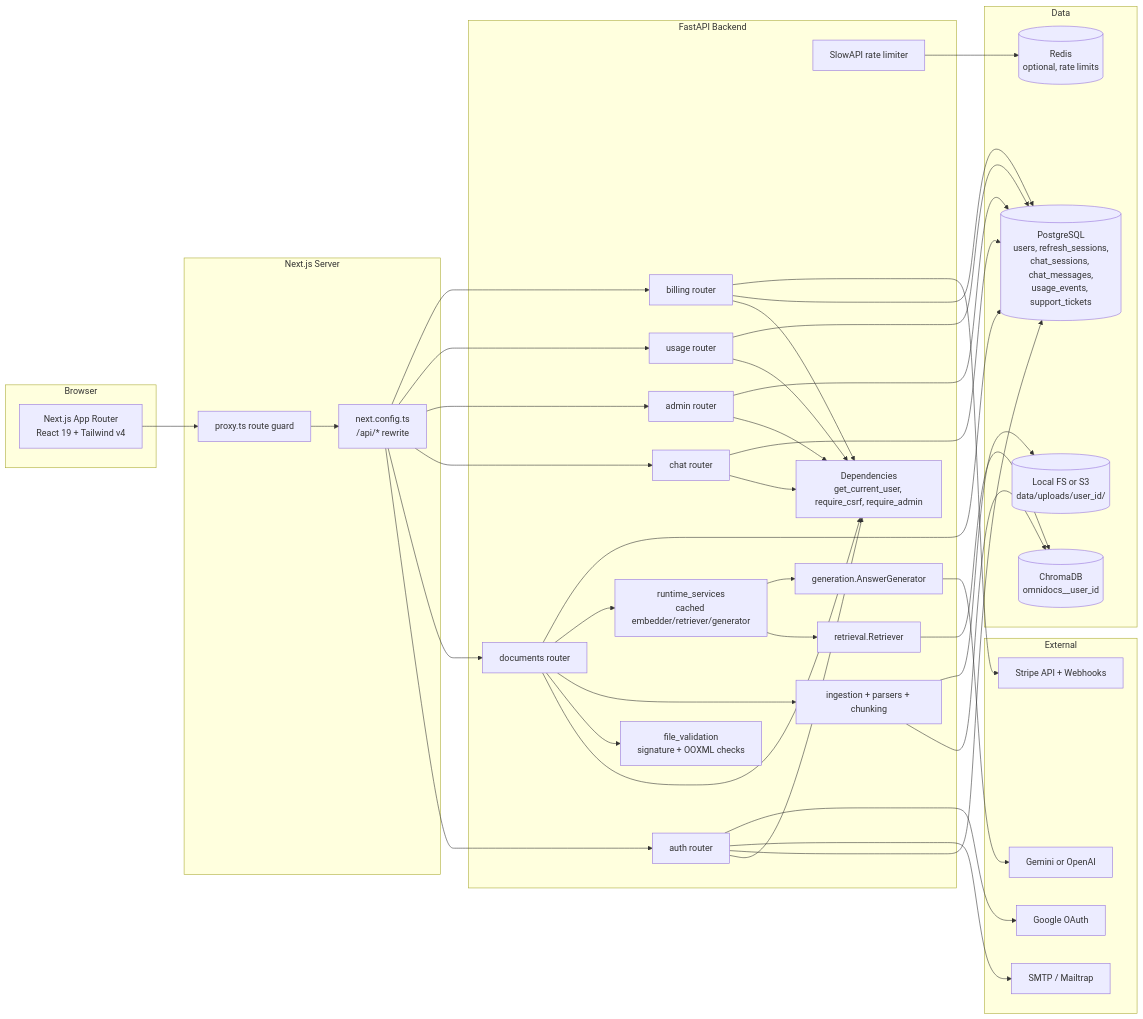
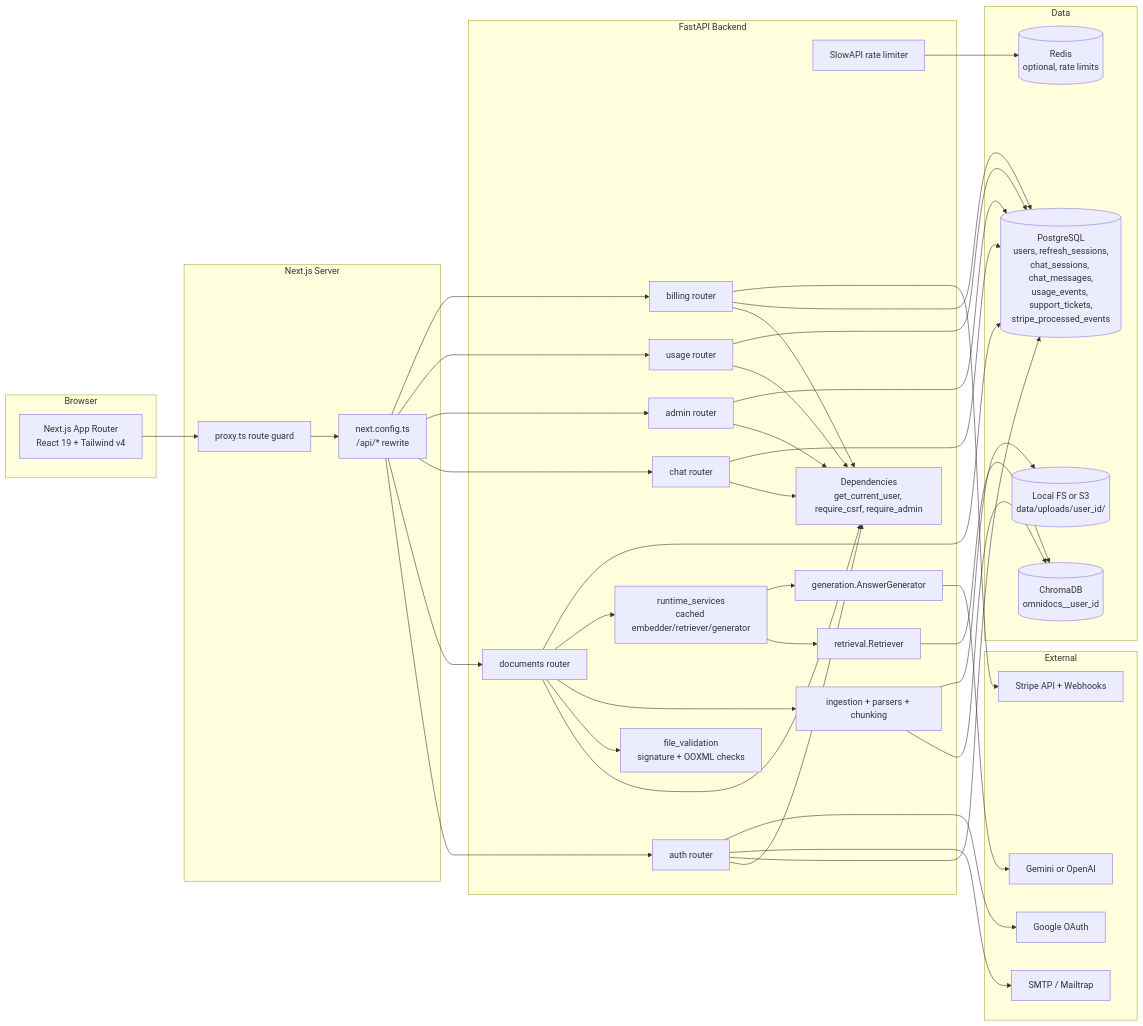
One commit to mentesnot-2/OmniDocs changed the first of 2 diagrams in README.md. Above: the diagram before and after it, drawn with Mermaid. The commit also changed other lines of this file and 6 other files, not shown here.

Commit message:
Make Stripe webhooks idempotent using stripe_processed_events

````diff
--- a/README.md
+++ b/README.md
@@ -82,77 +82,77 @@
 ```mermaid
 flowchart LR
     subgraph Browser
         UI[Next.js App Router<br/>React 19 + Tailwind v4]
     end
 
     subgraph NextEdge[Next.js Server]
         Proxy[proxy.ts route guard]
         Rewrite[next.config.ts<br/>/api/* rewrite]
     end
 
     subgraph Backend[FastAPI Backend]
         Auth[auth router]
         Docs[documents router]
         Chat[chat router]
         Admin[admin router]
         Usage[usage router]
         Billing[billing router]
         Limiter[SlowAPI rate limiter]
         Deps[Dependencies<br/>get_current_user, require_csrf, require_admin]
         Runtime[runtime_services<br/>cached embedder/retriever/generator]
         Validation[file_validation<br/>signature + OOXML checks]
         Ingest[ingestion + parsers + chunking]
         Retriever[retrieval.Retriever]
         Generator[generation.AnswerGenerator]
     end
 
     subgraph Data
-        DB[(PostgreSQL<br/>users, refresh_sessions,<br/>chat_sessions, chat_messages,<br/>usage_events, support_tickets)]
+        DB[(PostgreSQL<br/>users, refresh_sessions,<br/>chat_sessions, chat_messages,<br/>usage_events, support_tickets,<br/>stripe_processed_events)]
         Chroma[(ChromaDB<br/>omnidocs__user_id)]
         Storage[(Local FS or S3<br/>data/uploads/user_id/)]
         Redis[(Redis<br/>optional, rate limits)]
     end
 
     subgraph External
         SMTP[SMTP / Mailtrap]
         Stripe[Stripe API + Webhooks]
         Google[Google OAuth]
         LLM[Gemini or OpenAI]
     end
 
     UI --> Proxy --> Rewrite --> Auth
     Rewrite --> Docs
     Rewrite --> Chat
     Rewrite --> Admin
     Rewrite --> Usage
     Rewrite --> Billing
 
     Auth --> Deps
     Docs --> Deps
     Chat --> Deps
     Admin --> Deps
     Usage --> Deps
     Billing --> Deps
 
     Docs --> Validation
     Docs --> Ingest
     Docs --> Runtime
     Runtime --> Retriever
     Runtime --> Generator
     Retriever --> Chroma
     Ingest --> Chroma
     Ingest --> Storage
 
     Auth --> DB
     Docs --> DB
     Chat --> DB
     Admin --> DB
     Usage --> DB
     Billing --> DB
 
     Limiter --> Redis
     Auth --> SMTP
     Auth --> Google
     Billing --> Stripe
     Generator --> LLM
 ```
````
